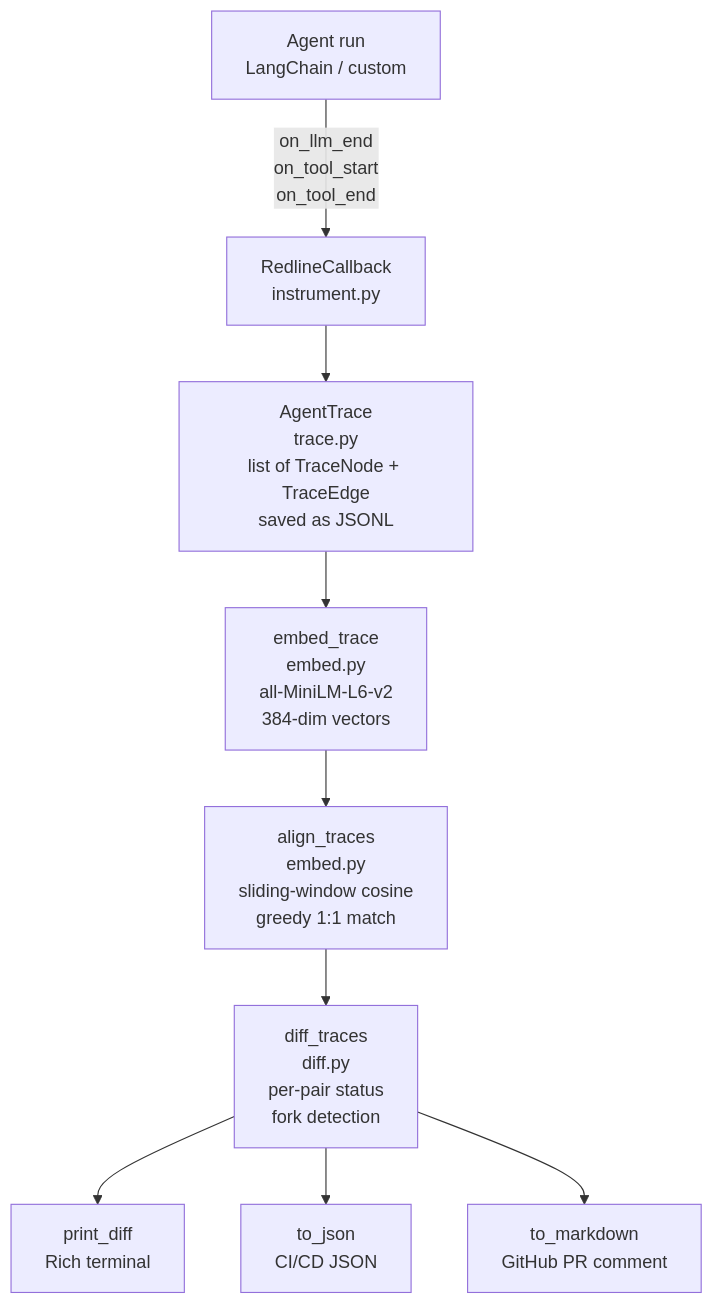
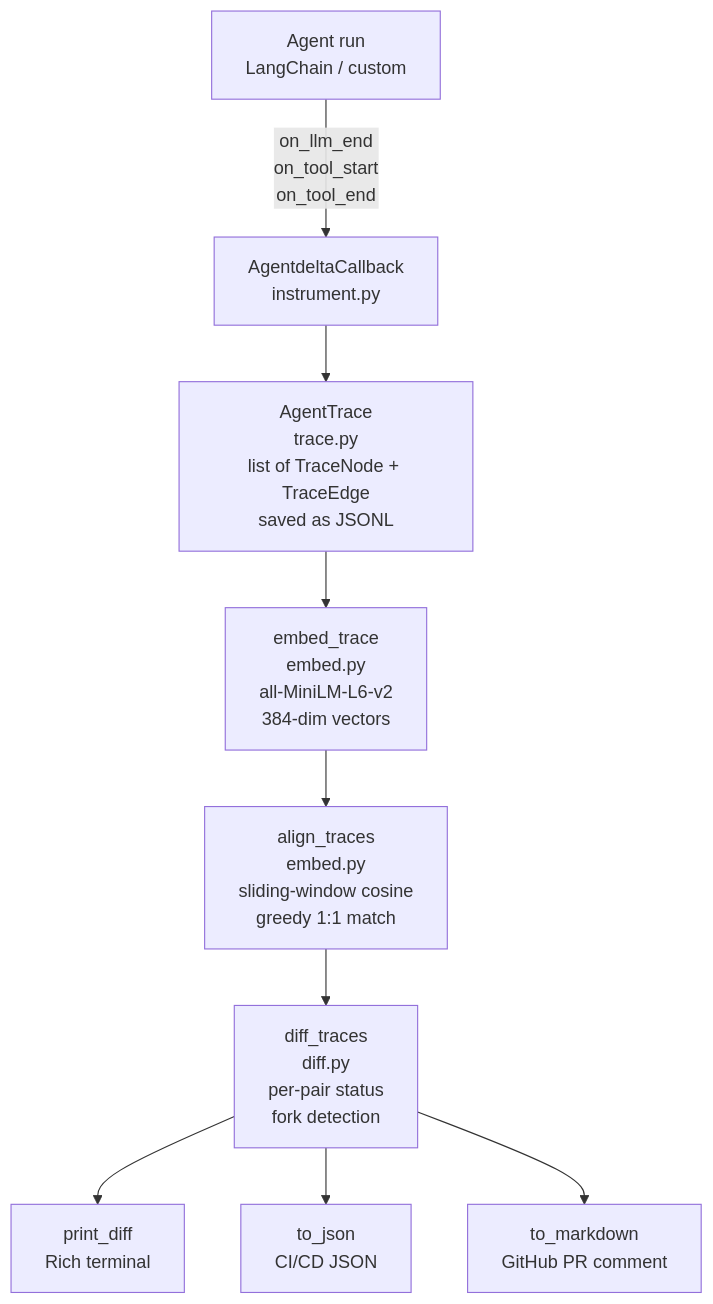
One commit to sandeep-alluru/agentdelta changed the diagram in docs/architecture.md. Above: the diagram before and after it, drawn with Mermaid. The commit also changed other lines of this file and 58 other files, not shown here.

First line of the commit message:
Revert project name from redline back to agentdelta

````diff
--- a/docs/architecture.md
+++ b/docs/architecture.md
@@ -21,11 +21,11 @@
 ```mermaid
 flowchart TD
-    A[Agent run\nLangChain / custom] -->|on_llm_end\non_tool_start\non_tool_end| B[RedlineCallback\ninstrument.py]
+    A[Agent run\nLangChain / custom] -->|on_llm_end\non_tool_start\non_tool_end| B[AgentdeltaCallback\ninstrument.py]
     B --> C[AgentTrace\ntrace.py\nlist of TraceNode + TraceEdge\nsaved as JSONL]
     C --> D[embed_trace\nembed.py\nall-MiniLM-L6-v2\n384-dim vectors]
     D --> E[align_traces\nembed.py\nsliding-window cosine\ngreedy 1:1 match]
     E --> F[diff_traces\ndiff.py\nper-pair status\nfork detection]
     F --> G1[print_diff\nRich terminal]
     F --> G2[to_json\nCI/CD JSON]
     F --> G3[to_markdown\nGitHub PR comment]
 ```
````
